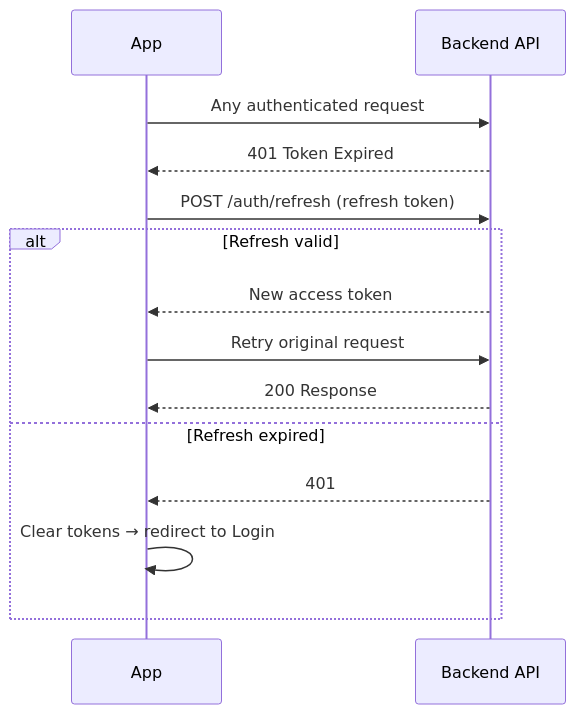
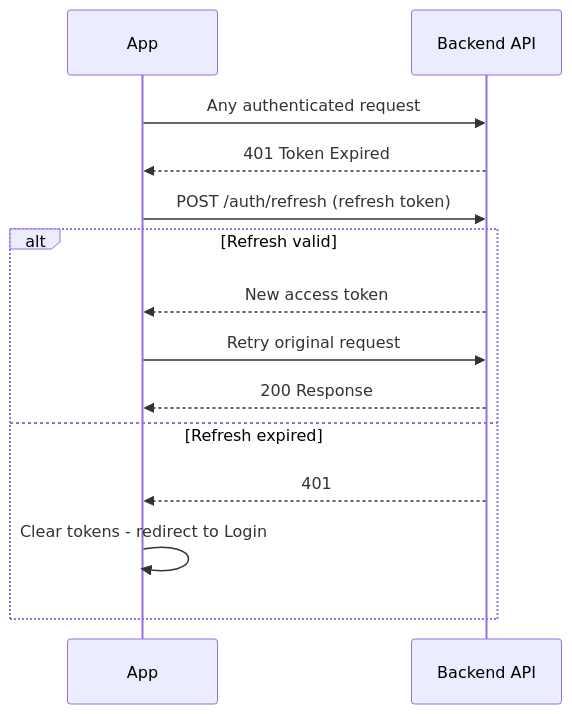
Before and after one commit to Nandan222001/health_smart_engage: the fourth of 4 diagrams in docs/diagrams/flows/01_login_flow.md, drawn with Mermaid. The commit also changed other lines of this file and 15 other files, not shown here.

First line of the commit message:
fix: repair Mermaid rendering errors across all diagram files

````diff
--- a/docs/diagrams/flows/01_login_flow.md
+++ b/docs/diagrams/flows/01_login_flow.md
@@ -106,16 +106,16 @@
 ```mermaid
 sequenceDiagram
     participant App
     participant API as Backend API
     App->>API: Any authenticated request
     API-->>App: 401 Token Expired
     App->>API: POST /auth/refresh (refresh token)
     alt Refresh valid
         API-->>App: New access token
         App->>API: Retry original request
         API-->>App: 200 Response
     else Refresh expired
         API-->>App: 401
-        App->>App: Clear tokens → redirect to Login
+        App->>App: Clear tokens - redirect to Login
     end
 ```
````
